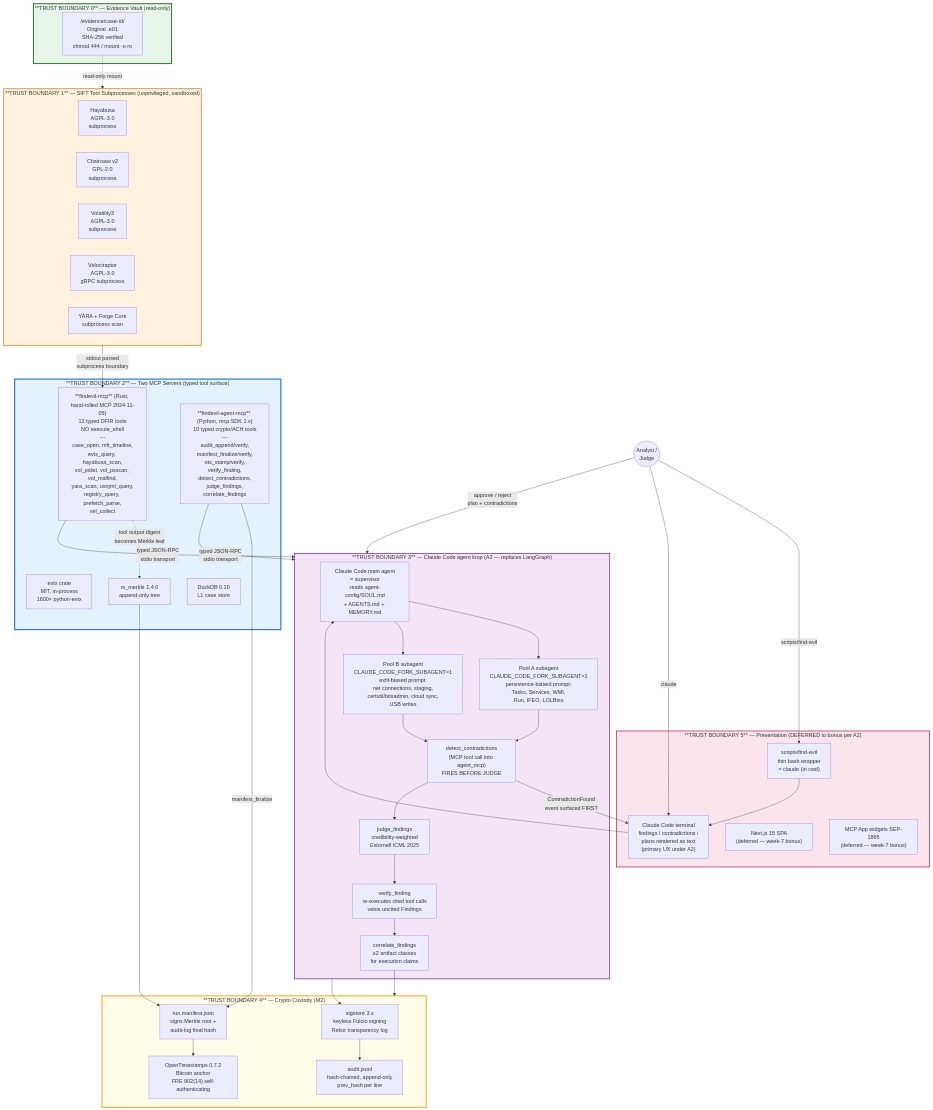
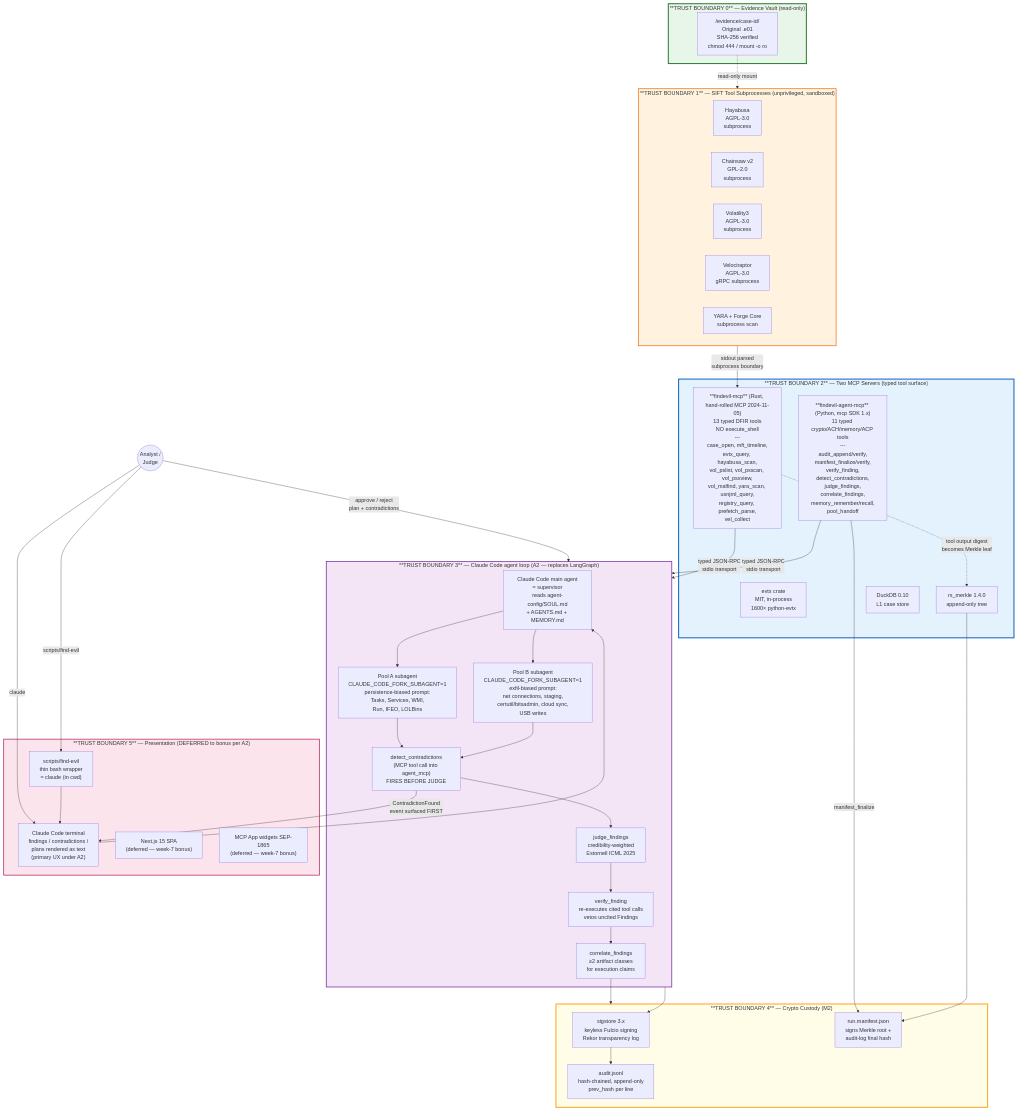
The first of 3 diagrams in docs/architecture.md (TimothyVang/sans-hackathon), drawn with Mermaid before and after one commit. The commit also changed other lines of this file and 27 other files, not shown here.

```diff
--- a/docs/architecture.md
+++ b/docs/architecture.md
@@ -36,8 +36,8 @@
     end
 
     subgraph Trust2["**TRUST BOUNDARY 2** — Two MCP Servers (typed tool surface)"]
-        RustMcp["**findevil-mcp** (Rust, hand-rolled MCP 2024-11-05)<br/>12 typed DFIR tools<br/>NO execute_shell<br/>---<br/>case_open, mft_timeline,<br/>evtx_query, hayabusa_scan,<br/>vol_pslist, vol_psscan, vol_malfind,<br/>yara_scan, usnjrnl_query,<br/>registry_query, prefetch_parse,<br/>vel_collect"]
-        AgentMcp["**findevil-agent-mcp** (Python, mcp SDK 1.x)<br/>10 typed crypto/ACH tools<br/>---<br/>audit_append/verify,<br/>manifest_finalize/verify,<br/>ots_stamp/verify,<br/>verify_finding,<br/>detect_contradictions,<br/>judge_findings,<br/>correlate_findings"]
+        RustMcp["**findevil-mcp** (Rust, hand-rolled MCP 2024-11-05)<br/>13 typed DFIR tools<br/>NO execute_shell<br/>---<br/>case_open, mft_timeline,<br/>evtx_query, hayabusa_scan,<br/>vol_pslist, vol_psscan, vol_psxview,<br/>vol_malfind, yara_scan, usnjrnl_query,<br/>registry_query, prefetch_parse,<br/>vel_collect"]
+        AgentMcp["**findevil-agent-mcp** (Python, mcp SDK 1.x)<br/>11 typed crypto/ACH/memory/ACP tools<br/>---<br/>audit_append/verify,<br/>manifest_finalize/verify,<br/>verify_finding,<br/>detect_contradictions,<br/>judge_findings,<br/>correlate_findings,<br/>memory_remember/recall,<br/>pool_handoff"]
         EvtxCrate["evtx crate<br/>MIT, in-process<br/>1600× python-evtx"]
         Merkle["rs_merkle 1.4.0<br/>append-only tree"]
         DuckDB["DuckDB 0.10<br/>L1 case store"]
@@ -55,7 +55,6 @@
 
     subgraph Trust4["**TRUST BOUNDARY 4** — Crypto Custody (M2)"]
         Sigstore["sigstore 3.x<br/>keyless Fulcio signing<br/>Rekor transparency log"]
-        OTS["OpenTimestamps 0.7.2<br/>Bitcoin anchor<br/>FRE 902(14) self-authenticating"]
         AuditJSONL["audit.jsonl<br/>hash-chained, append-only<br/>prev_hash per line"]
         Manifest["run.manifest.json<br/>signs Merkle root +<br/>audit-log final hash"]
     end
@@ -92,7 +91,6 @@
     RustMcp -.->|tool output digest<br/>becomes Merkle leaf| Merkle
     AgentMcp -->|manifest_finalize| Manifest
     Merkle --> Manifest
-    Manifest --> OTS
     Sigstore --> AuditJSONL
 
     Human -->|approve / reject<br/>plan + contradictions| Trust3
```
